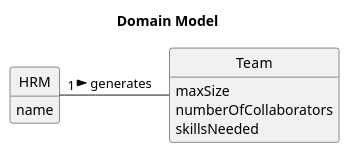
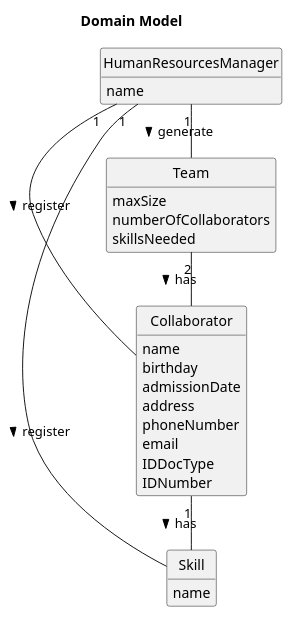
One commit to daniel41silva05/ISEP_2023_2024_LAPR2 changed the diagram in docs/sprintA/us05/02.analysis/puml/us05-domain-model.puml. Above: the diagram before and after it, drawn with PlantUML. The commit also changed 5 other files, not shown here.

```diff
--- a/docs/sprintA/us05/02.analysis/puml/us05-domain-model.puml
+++ b/docs/sprintA/us05/02.analysis/puml/us05-domain-model.puml
@@ -1,27 +1,46 @@
 @startuml
 skinparam monochrome true
 skinparam packageStyle rectangle
 skinparam shadowing false
 
-'left to right direction
+left to right direction
 
 skinparam classAttributeIconSize 0
 
 hide circle
 hide methods
 
 title Domain Model
 
-class HRM {
+class HumanResourcesManager {
     name
 }
 
 class Team {
     maxSize
     numberOfCollaborators
     skillsNeeded
 }
 
-HRM "1" - Team : generates >
-'aasd
+class Collaborator {
+    name
+    birthday
+    admissionDate
+    address
+    phoneNumber
+    email
+    IDDocType
+    IDNumber
+}
+
+class Skill {
+    name
+}
+
+HumanResourcesManager "1" - Team : generate >
+HumanResourcesManager "1" - Collaborator : register >
+Team "2" - Collaborator : has >
+Collaborator "1" - Skill : has >
+HumanResourcesManager "1" - Skill : register >
+
 @enduml
```
